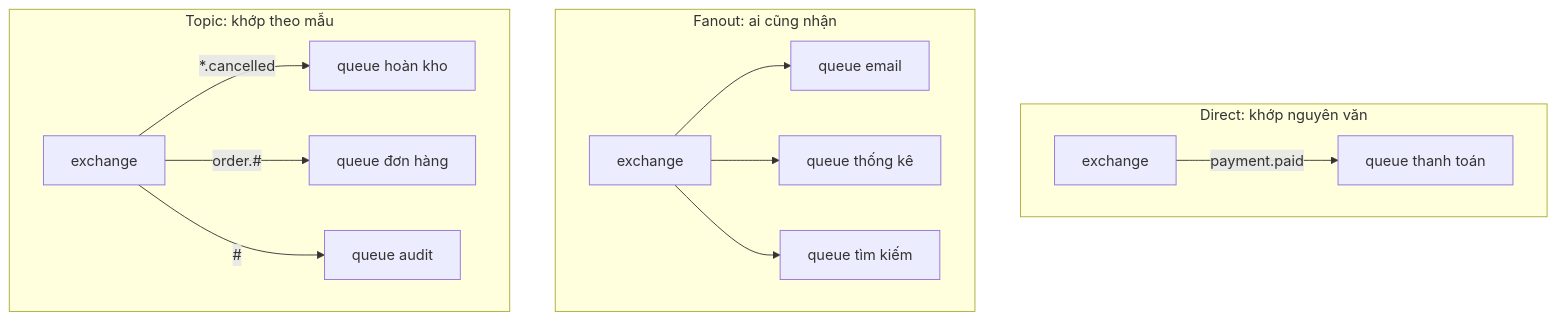
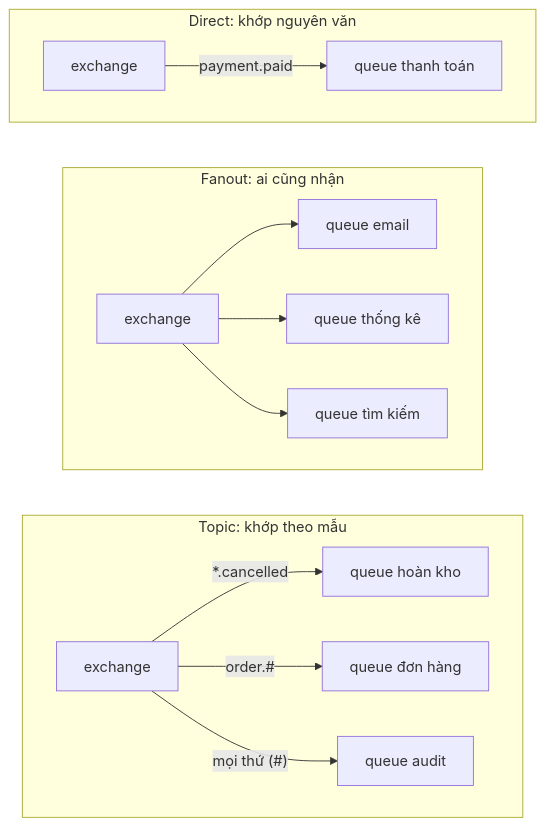
Before and after one commit to duongbui234/software-engineering-atlas: the first of 3 diagrams in content/posts/2026-11-21-rabbitmq-exchanges.md, drawn with Mermaid. The commit also changed other lines of this file and 18 other files, not shown here.

First line of the commit message:
MQ-03 exchange-type comparison, and readable Mermaid diagrams (#6)

````diff
--- a/content/posts/2026-11-21-rabbitmq-exchanges.md
+++ b/content/posts/2026-11-21-rabbitmq-exchanges.md
@@ -54,16 +58,20 @@
 ```mermaid
 flowchart TB
     subgraph D["Direct: khớp nguyên văn"]
+        direction LR
         DX["exchange"] -->|"payment.paid"| DQ1["queue thanh toán"]
     end
     subgraph F["Fanout: ai cũng nhận"]
+        direction LR
         FX["exchange"] --> FQ1["queue email"]
         FX --> FQ2["queue thống kê"]
         FX --> FQ3["queue tìm kiếm"]
     end
     subgraph T["Topic: khớp theo mẫu"]
+        direction LR
         TX["exchange"] -->|"*.cancelled"| TQ1["queue hoàn kho"]
         TX -->|"order.#"| TQ2["queue đơn hàng"]
-        TX -->|"#"| TQ3["queue audit"]
+        TX -->|"mọi thứ (#)"| TQ3["queue audit"]
     end
+    D ~~~ F ~~~ T
 ```
````
